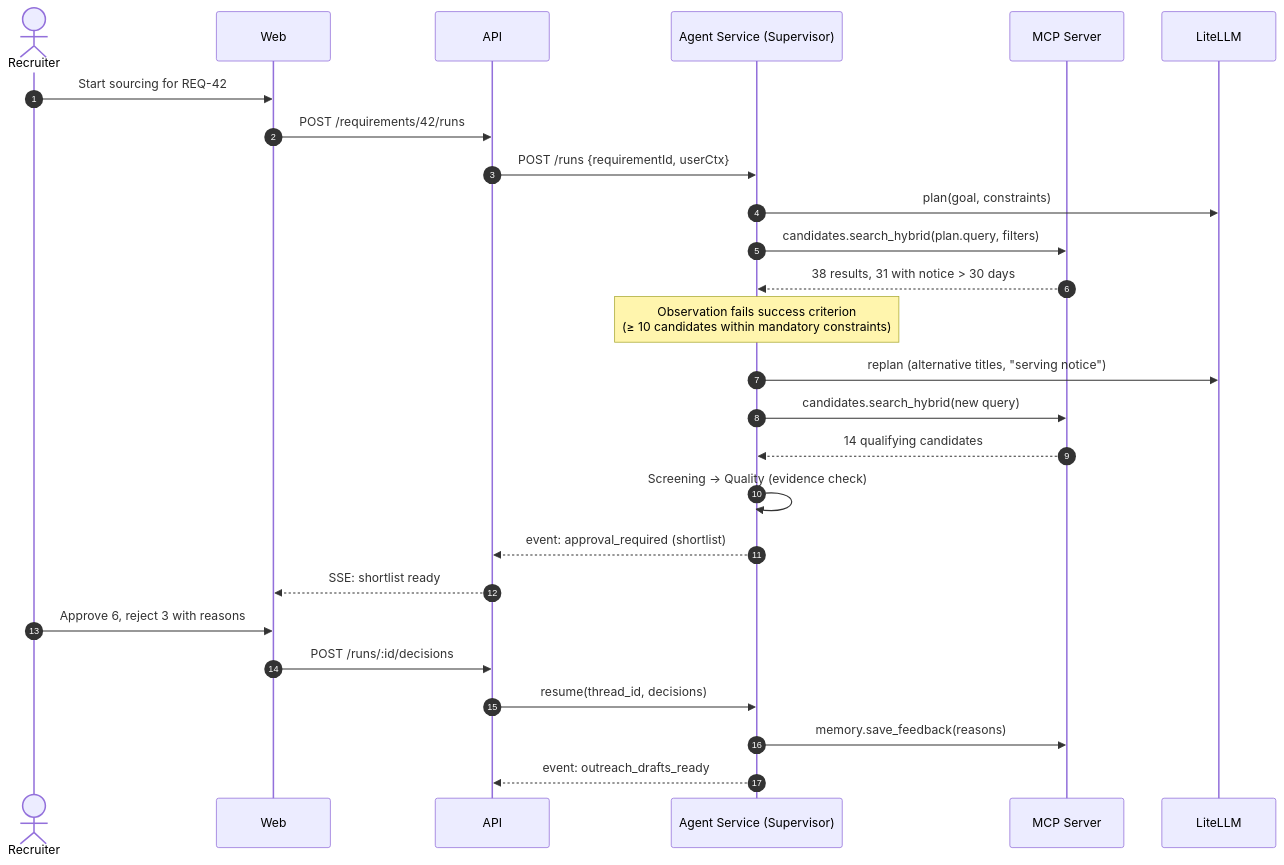
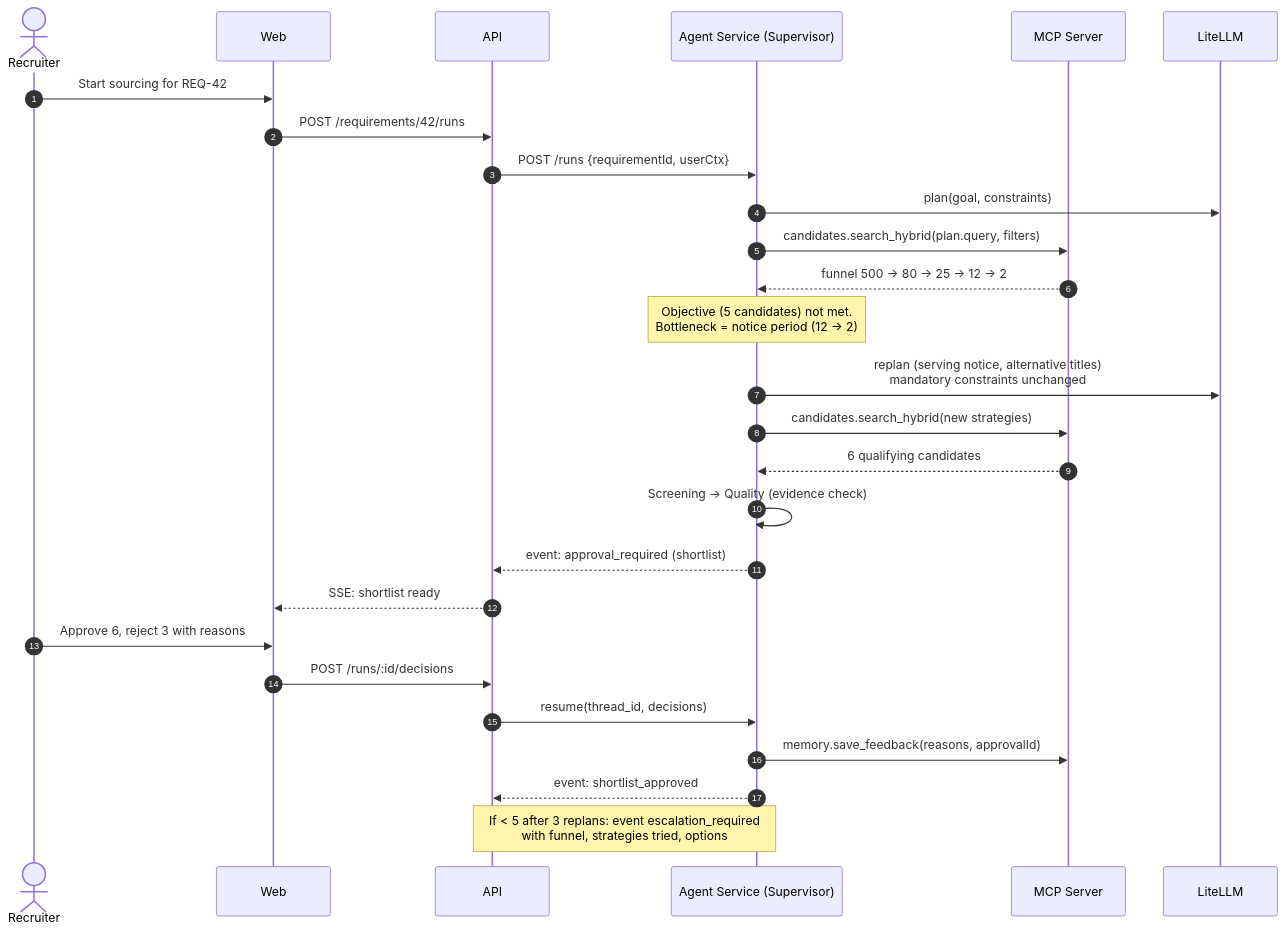
The second of 2 diagrams in docs/03-architecture/HLD.md (a54000/talentscout-agentic-hr), drawn with Mermaid before and after one commit. The commit also changed other lines of this file and 19 other files, not shown here.

````diff
--- a/docs/03-architecture/HLD.md
+++ b/docs/03-architecture/HLD.md
@@ -83,28 +84,29 @@
 ```mermaid
 sequenceDiagram
   autonumber
   actor R as Recruiter
   participant W as Web
   participant A as API
   participant S as Agent Service (Supervisor)
   participant M as MCP Server
   participant L as LiteLLM
   R->>W: Start sourcing for REQ-42
   W->>A: POST /requirements/42/runs
   A->>S: POST /runs {requirementId, userCtx}
   S->>L: plan(goal, constraints)
   S->>M: candidates.search_hybrid(plan.query, filters)
-  M-->>S: 38 results, 31 with notice > 30 days
-  Note over S: Observation fails success criterion<br/>(≥ 10 candidates within mandatory constraints)
-  S->>L: replan (alternative titles, "serving notice")
-  S->>M: candidates.search_hybrid(new query)
-  M-->>S: 14 qualifying candidates
+  M-->>S: funnel 500 → 80 → 25 → 12 → 2
+  Note over S: Objective (5 candidates) not met.<br/>Bottleneck = notice period (12 → 2)
+  S->>L: replan (serving notice, alternative titles)<br/>mandatory constraints unchanged
+  S->>M: candidates.search_hybrid(new strategies)
+  M-->>S: 6 qualifying candidates
   S->>S: Screening → Quality (evidence check)
   S-->>A: event: approval_required (shortlist)
   A-->>W: SSE: shortlist ready
   R->>W: Approve 6, reject 3 with reasons
   W->>A: POST /runs/:id/decisions
   A->>S: resume(thread_id, decisions)
-  S->>M: memory.save_feedback(reasons)
-  S-->>A: event: outreach_drafts_ready
+  S->>M: memory.save_feedback(reasons, approvalId)
+  S-->>A: event: shortlist_approved
+  Note over S,A: If < 5 after 3 replans: event escalation_required<br/>with funnel, strategies tried, options
 ```
````
